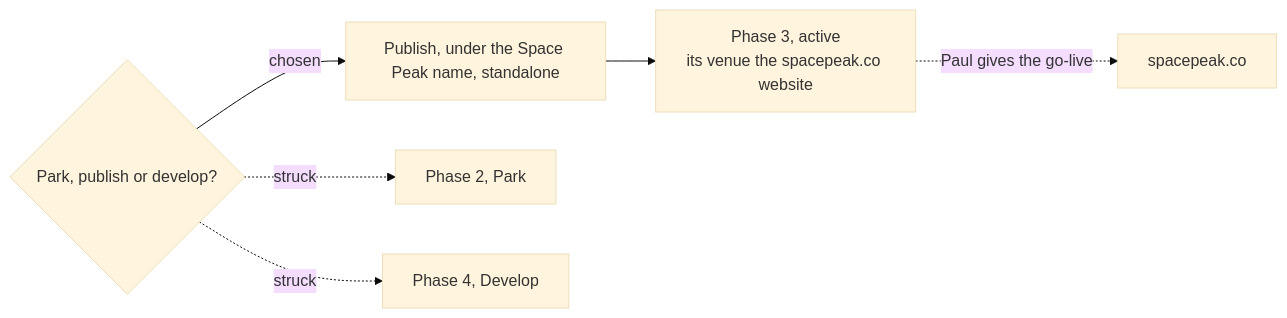
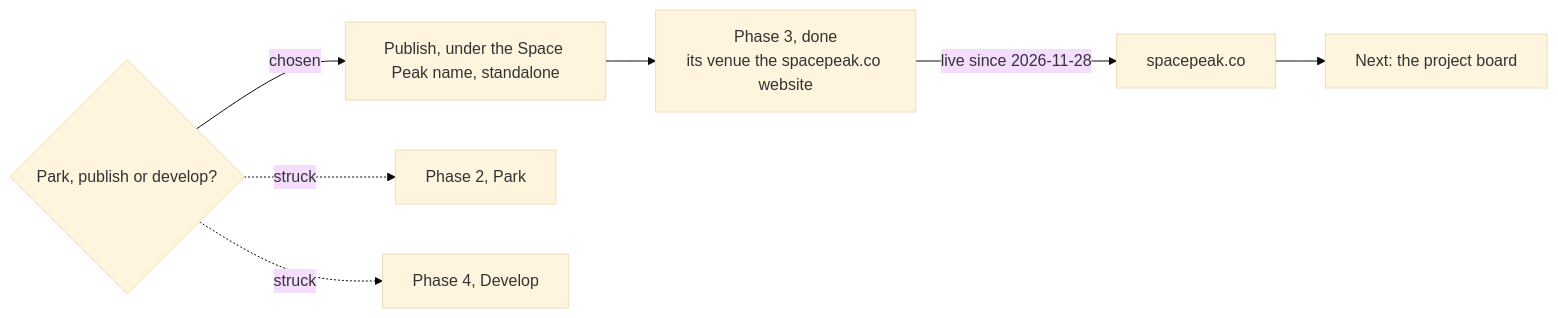
One commit to Colorado-Startups/space-peak changed the diagram in docs/PROJECT.md. Above: the diagram before and after it, drawn with Mermaid (base theme). The commit also changed other lines of this file and 10 other files, not shown here.

````diff
--- a/docs/PROJECT.md
+++ b/docs/PROJECT.md
@@ -5,8 +5,9 @@
 ```mermaid
 flowchart LR
   D{"Park, publish or develop?"} -- chosen --> P["Publish, under the Space Peak name, standalone"]
   D -. struck .-> K["Phase 2, Park"]
   D -. struck .-> V["Phase 4, Develop"]
-  P --> S["Phase 3, active<br/>its venue the spacepeak.co website"]
-  S -. "Paul gives the go-live" .-> G["spacepeak.co"]
+  P --> S["Phase 3, done<br/>its venue the spacepeak.co website"]
+  S -- "live since 2026-11-28" --> G["spacepeak.co"]
+  G --> N["Next: the project board"]
 ```
````
